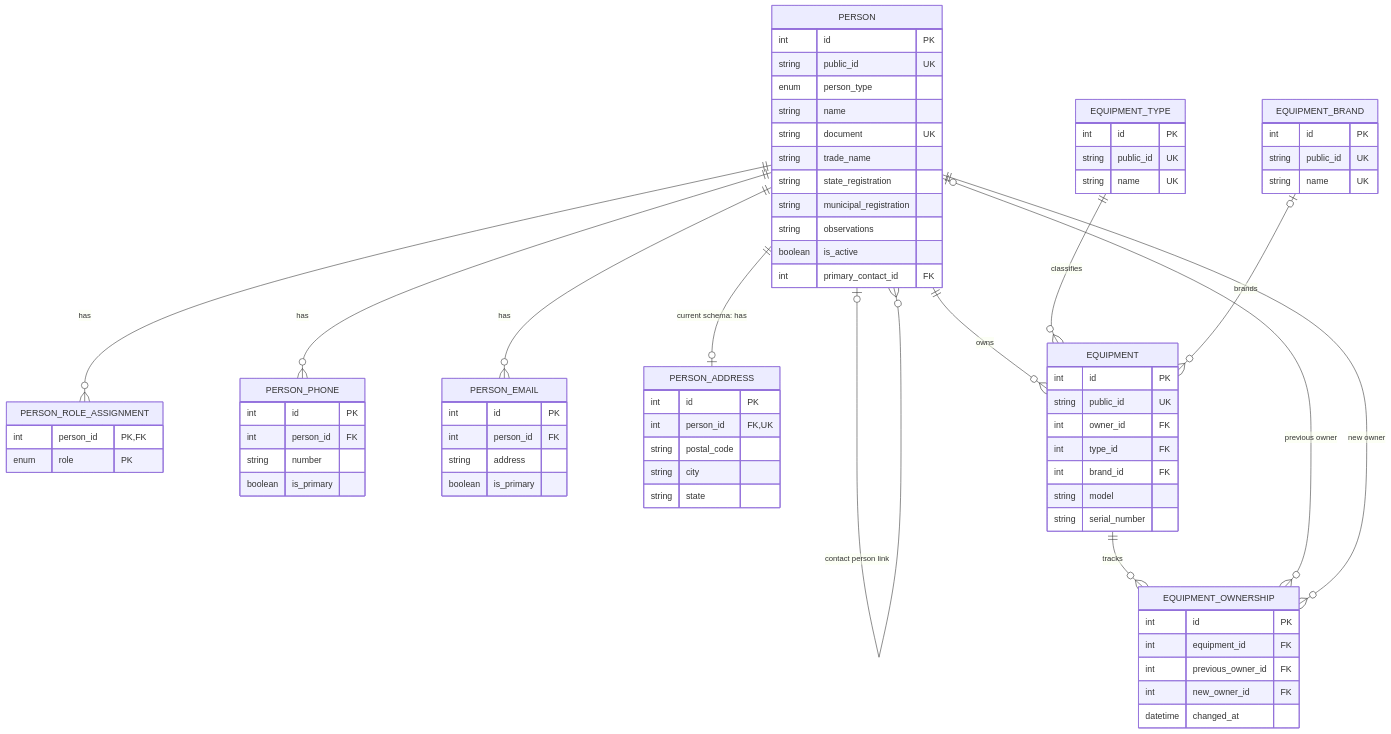
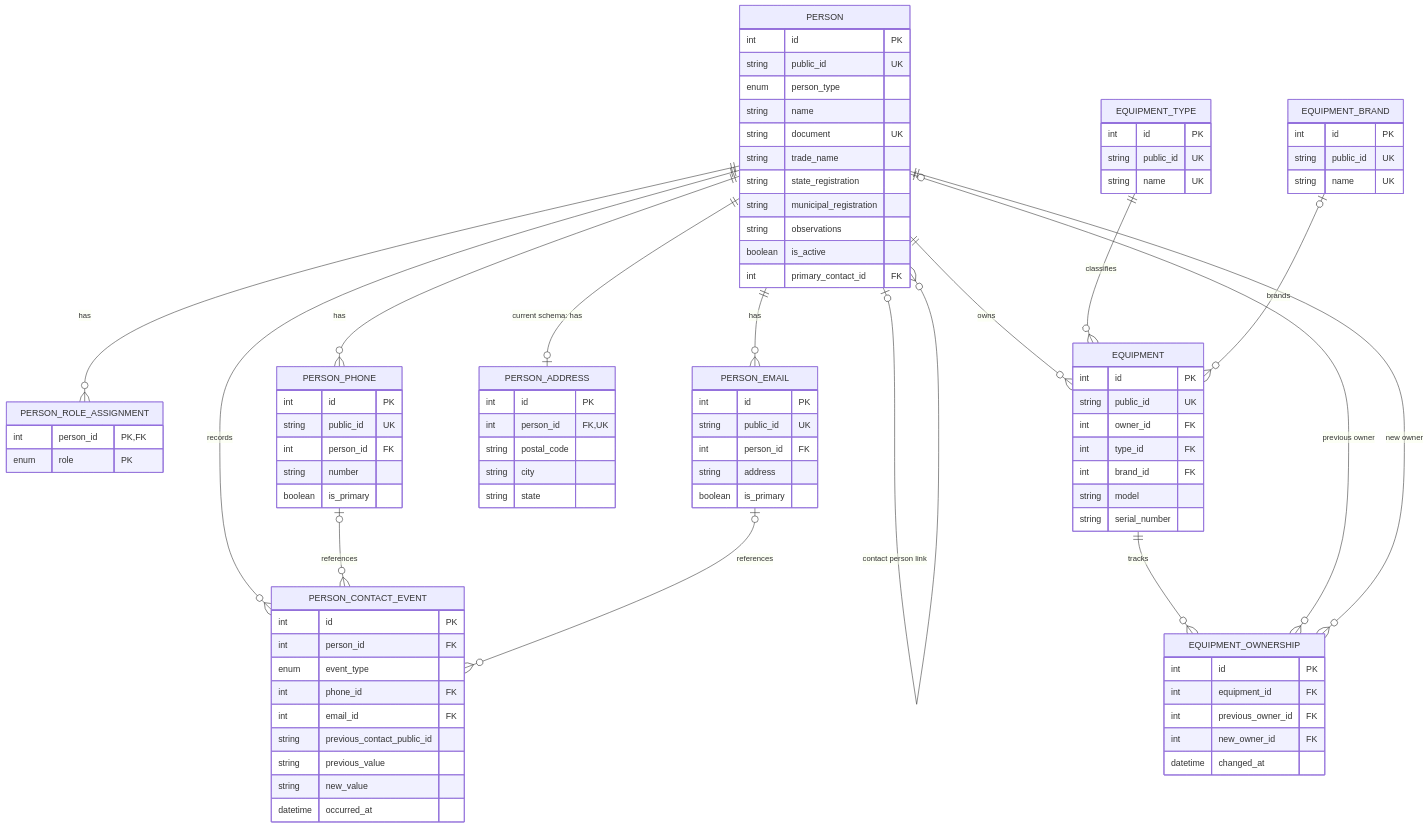
One commit to Noteduke/SistemaGestorOS changed the diagram in docs/modelagem/Diagrama-Entidades.md. Above: the diagram before and after it, drawn with Mermaid. The commit also changed other lines of this file and 15 other files, not shown here.

Commit message:
feat(people): add phone and email contacts

```diff
--- a/docs/modelagem/Diagrama-Entidades.md
+++ b/docs/modelagem/Diagrama-Entidades.md
@@ -19,6 +19,9 @@
   PERSON ||--o{ PERSON_ROLE_ASSIGNMENT : has
   PERSON ||--o{ PERSON_PHONE : has
   PERSON ||--o{ PERSON_EMAIL : has
+  PERSON ||--o{ PERSON_CONTACT_EVENT : records
+  PERSON_PHONE o|--o{ PERSON_CONTACT_EVENT : references
+  PERSON_EMAIL o|--o{ PERSON_CONTACT_EVENT : references
   PERSON ||--o| PERSON_ADDRESS : "current schema: has"
   PERSON o|--o{ PERSON : "contact person link"
   PERSON ||--o{ EQUIPMENT : owns
@@ -47,15 +50,28 @@
   }
   PERSON_PHONE {
     int id PK
+    string public_id UK
     int person_id FK
     string number
     boolean is_primary
   }
   PERSON_EMAIL {
     int id PK
+    string public_id UK
     int person_id FK
     string address
     boolean is_primary
+  }
+  PERSON_CONTACT_EVENT {
+    int id PK
+    int person_id FK
+    enum event_type
+    int phone_id FK
+    int email_id FK
+    string previous_contact_public_id
+    string previous_value
+    string new_value
+    datetime occurred_at
   }
   PERSON_ADDRESS {
     int id PK
```
